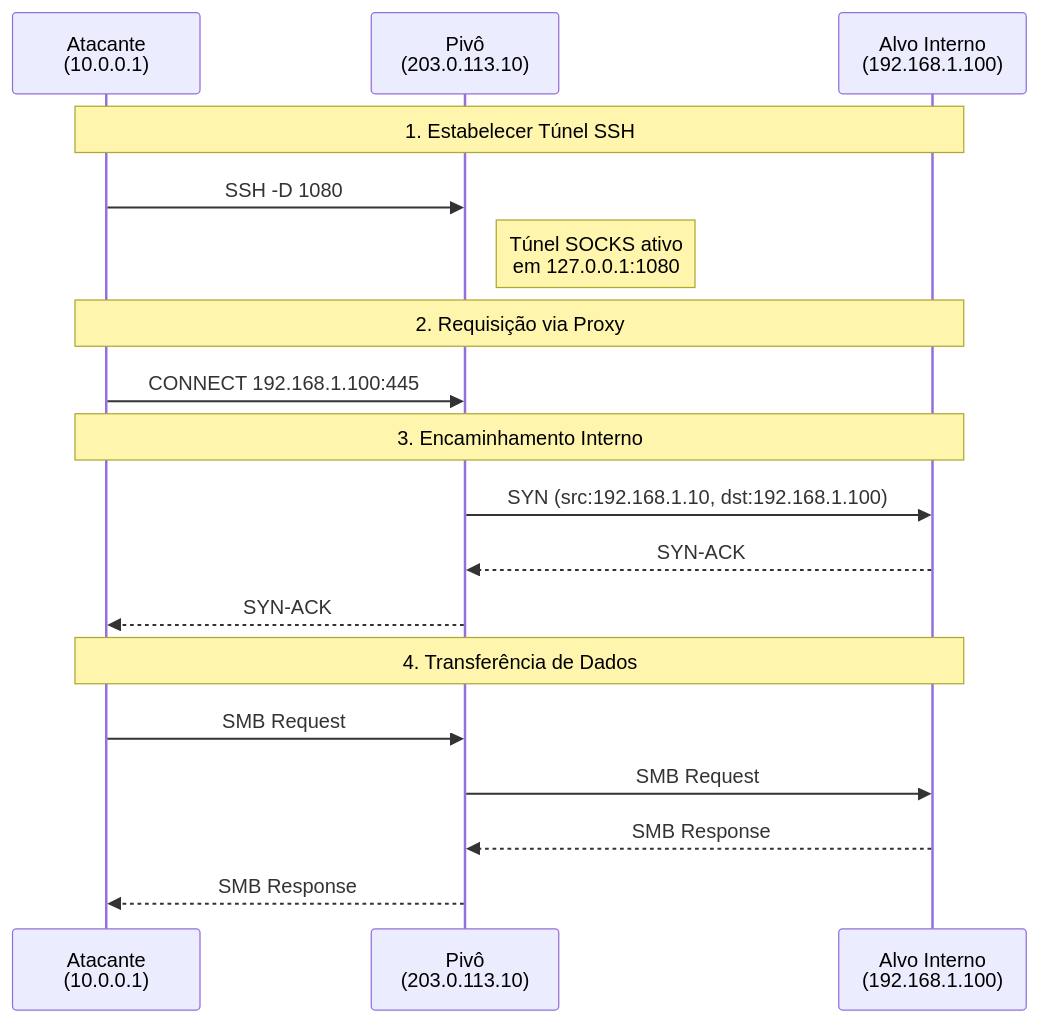
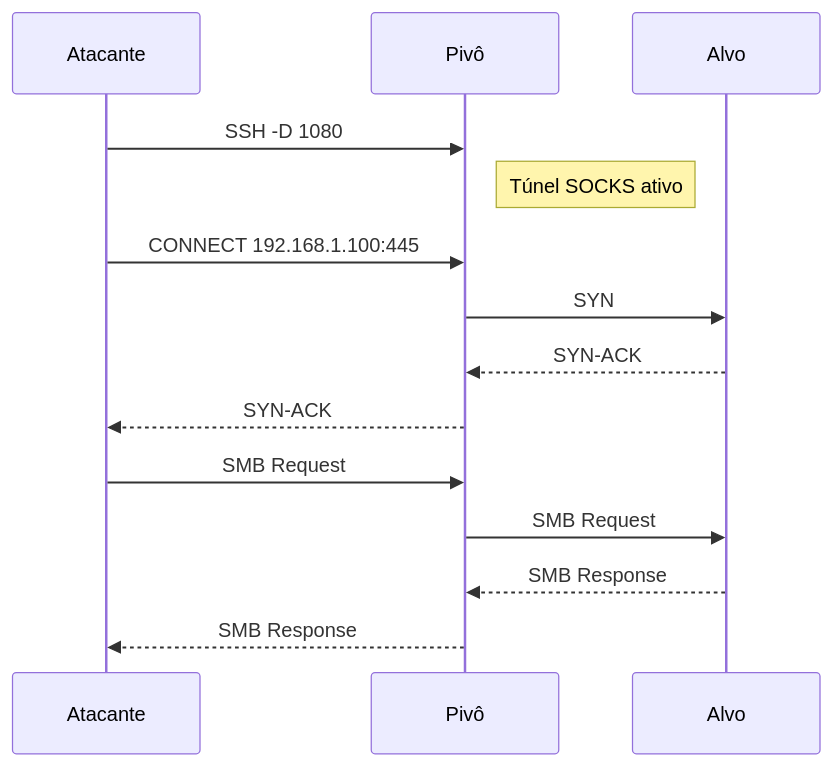
One commit to Guilherme-alexander/CyberSecurity changed the tenth of 20 diagrams in RedTeam/Guia_Pivoting/pivoting.md. Above: the diagram before and after it, drawn with Mermaid. The commit also changed other lines of this file, not shown here.

````diff
--- a/RedTeam/Guia_Pivoting/pivoting.md
+++ b/RedTeam/Guia_Pivoting/pivoting.md
@@ -454,24 +206,17 @@
 ```mermaid
 sequenceDiagram
-    participant ATK as Atacante<br/>(10.0.0.1)
-    participant PIVO as Pivô<br/>(203.0.113.10)
-    participant ALVO as Alvo Interno<br/>(192.168.1.100)
+    participant ATK as Atacante
+    participant PIVO as Pivô
+    participant ALVO as Alvo
     
-    Note over ATK,ALVO: 1. Estabelecer Túnel SSH
     ATK->>PIVO: SSH -D 1080
-    Note right of PIVO: Túnel SOCKS ativo<br/>em 127.0.0.1:1080
-    
-    Note over ATK,ALVO: 2. Requisição via Proxy
+    Note right of PIVO: Túnel SOCKS ativo
     ATK->>PIVO: CONNECT 192.168.1.100:445
-    
-    Note over ATK,ALVO: 3. Encaminhamento Interno
-    PIVO->>ALVO: SYN (src:192.168.1.10, dst:192.168.1.100)
+    PIVO->>ALVO: SYN
     ALVO-->>PIVO: SYN-ACK
     PIVO-->>ATK: SYN-ACK
-    
-    Note over ATK,ALVO: 4. Transferência de Dados
     ATK->>PIVO: SMB Request
     PIVO->>ALVO: SMB Request
     ALVO-->>PIVO: SMB Response
     PIVO-->>ATK: SMB Response
 ```
````
